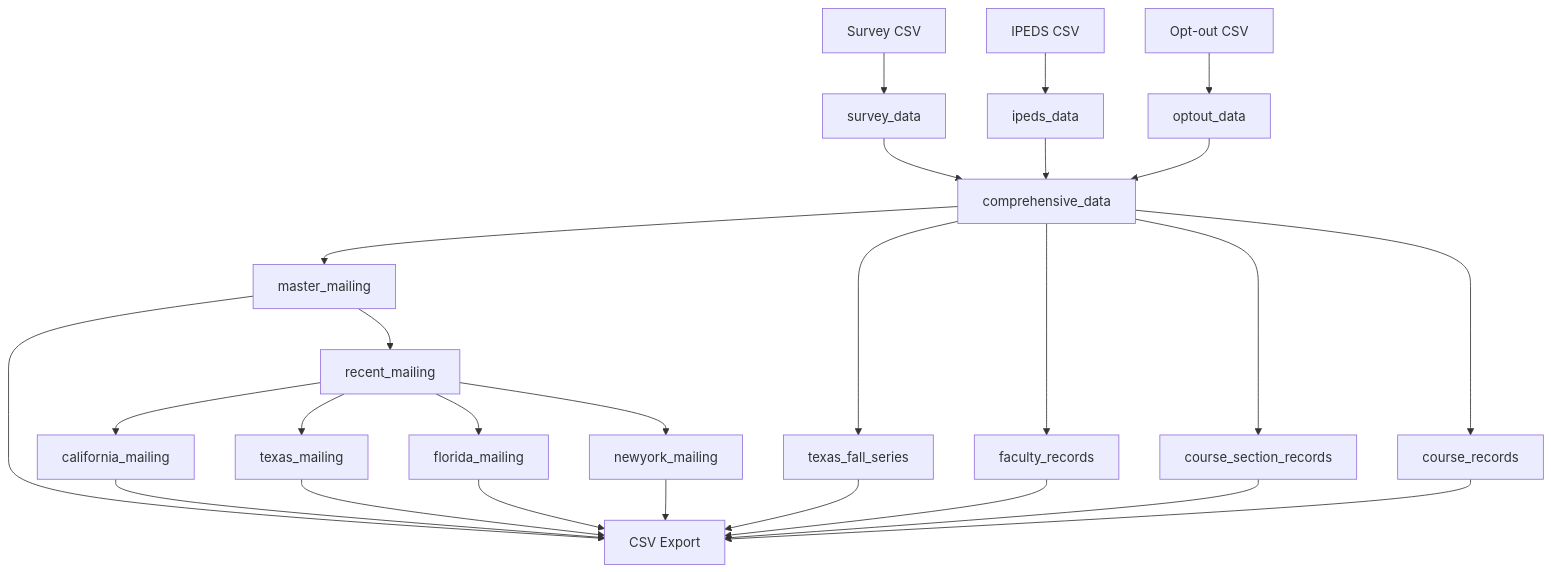
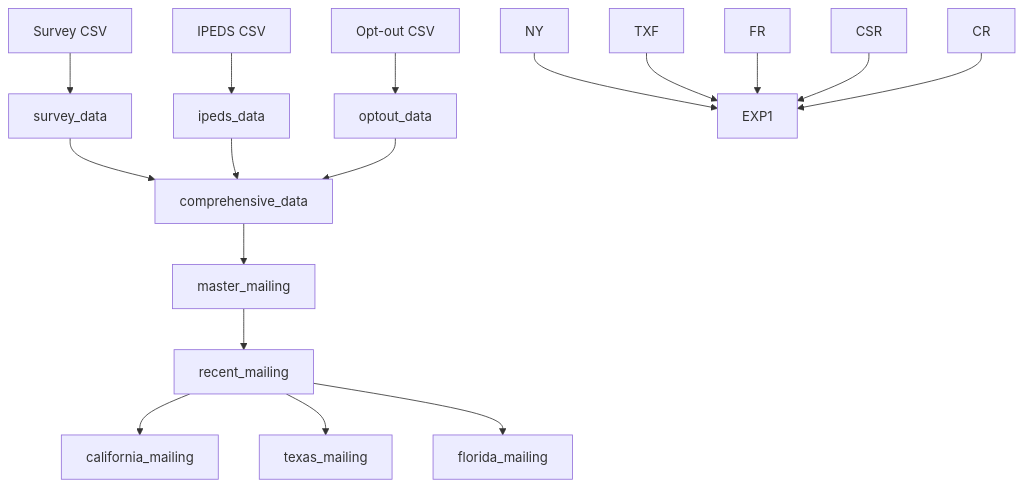
The second of 2 diagrams in docs/data_dictionary.md (christopherseaman/commodoreSQL), drawn with Mermaid before and after one commit. The commit also changed other lines of this file and 3 other files, not shown here.

````diff
--- a/docs/data_dictionary.md
+++ b/docs/data_dictionary.md
@@ -155,34 +167,22 @@
 ```mermaid
 graph TD
     A[Survey CSV] --> B[survey_data]
     C[IPEDS CSV] --> D[ipeds_data]
     E[Opt-out CSV] --> F[optout_data]
     
     B --> G[comprehensive_data]
     D --> G
     F --> G
     
     G --> H[master_mailing]
     H --> I[recent_mailing]
     
     I --> CA[california_mailing]
     I --> TX[texas_mailing]
     I --> FL[florida_mailing]
-    I --> NY[newyork_mailing]
-    
-    G --> TXF[texas_fall_series]
-    
-    G --> FR[faculty_records]
-    G --> CSR[course_section_records]
-    G --> CR[course_records]
-    
-    H --> EXP1[CSV Export]
-    CA --> EXP1
-    TX --> EXP1
-    FL --> EXP1
     NY --> EXP1
     TXF --> EXP1
     FR --> EXP1
     CSR --> EXP1
     CR --> EXP1
 ```
````
